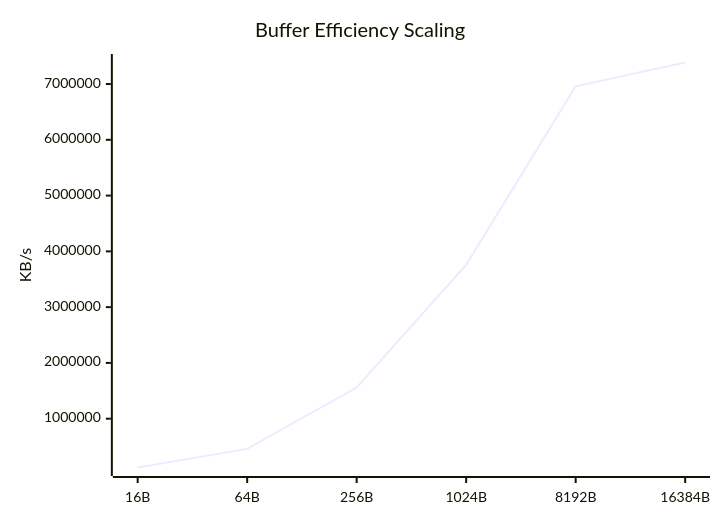
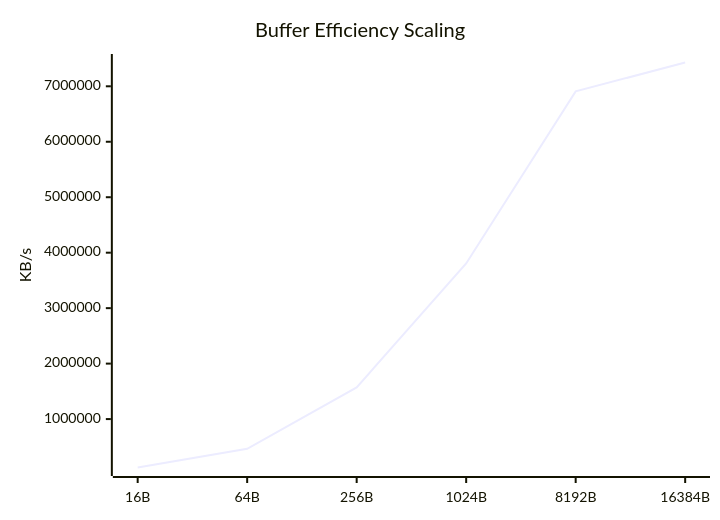
Before and after one commit to taha2samy/openssl_fips: the fifth of 9 diagrams in docs/Comparison_Report.md, drawn with Mermaid. The commit also changed other lines of this file and 2 other files, not shown here.

````diff
--- a/docs/Comparison_Report.md
+++ b/docs/Comparison_Report.md
@@ -94,7 +94,7 @@
 ```mermaid
 xychart-beta
     title "Buffer Efficiency Scaling"
     x-axis [16B, 64B, 256B, 1024B, 8192B, 16384B]
     y-axis "KB/s"
-    line [124901.97, 458156.77, 1559145.86, 3759426.56, 6959890.43, 7386079.23]
+    line [126894.83, 463754.27, 1569736.96, 3806001.66, 6908260.35, 7428947.97]
 ```
````
